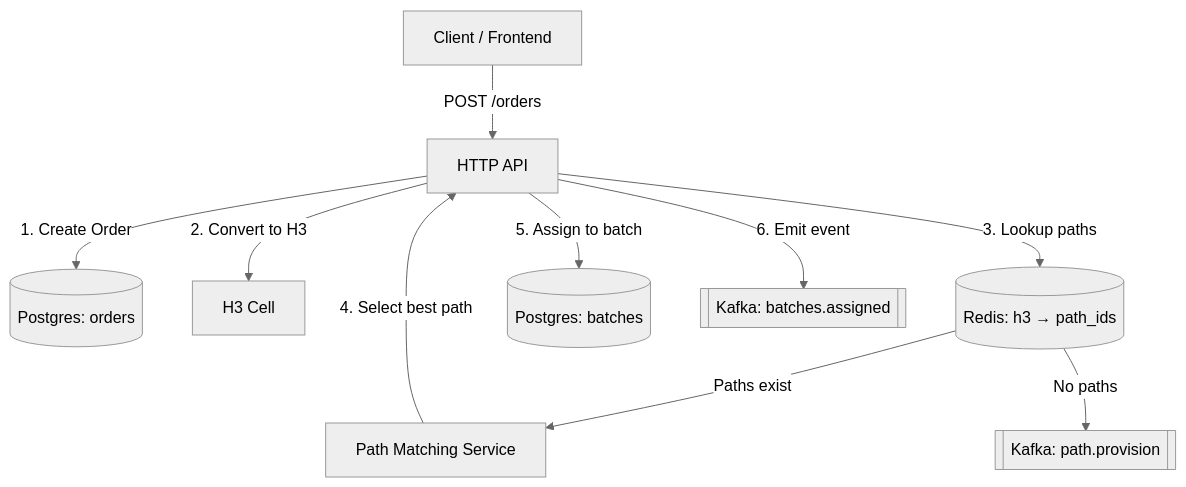
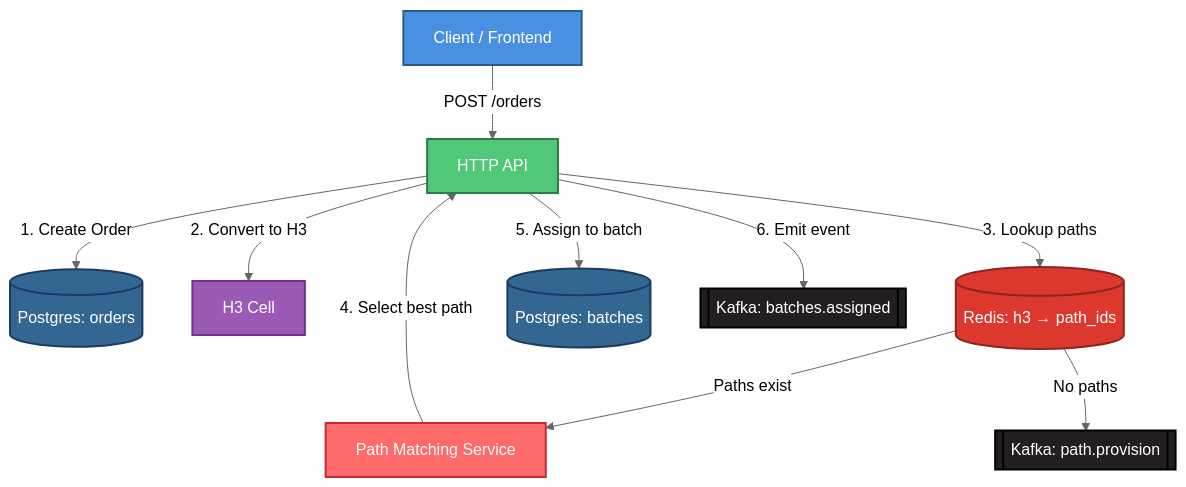
The second of 6 diagrams in README.md (RatnakirtiKamble/DeliveryGo), drawn with Mermaid (neutral theme) before and after one commit. The commit also changed other lines of this file, not shown here.

````diff
--- a/README.md
+++ b/README.md
@@ -56,15 +63,23 @@
 ```mermaid
 flowchart TD
-    Client[Client / Frontend] -->|POST /orders| API[HTTP API]
+    Client[Client / Frontend]:::frontend -->|POST /orders| API[HTTP API]:::api
     
-    API -->|1. Create Order| PG_Orders[(Postgres: orders)]
-    API -->|2. Convert to H3| H3[H3 Cell]
-    API -->|3. Lookup paths| Redis_H3[(Redis: h3 → path_ids)]
+    API -->|1. Create Order| PG_Orders[(Postgres: orders)]:::postgres
+    API -->|2. Convert to H3| H3[H3 Cell]:::compute
+    API -->|3. Lookup paths| Redis_H3[(Redis: h3 → path_ids)]:::redis
     
-    Redis_H3 -->|Paths exist| Match[Path Matching Service]
-    Redis_H3 -->|No paths| Kafka_Provision[[Kafka: path.provision]]
+    Redis_H3 -->|Paths exist| Match[Path Matching Service]:::worker
+    Redis_H3 -->|No paths| Kafka_Provision[[Kafka: path.provision]]:::kafka
     
     Match -->|4. Select best path| API
-    API -->|5. Assign to batch| PG_Batches[(Postgres: batches)]
-    API -->|6. Emit event| Kafka_Assign[[Kafka: batches.assigned]]
+    API -->|5. Assign to batch| PG_Batches[(Postgres: batches)]:::postgres
+    API -->|6. Emit event| Kafka_Assign[[Kafka: batches.assigned]]:::kafka
+    
+    classDef frontend fill:#4A90E2,stroke:#2E5C8A,stroke-width:2px,color:#fff
+    classDef api fill:#50C878,stroke:#2D7A4A,stroke-width:2px,color:#fff
+    classDef postgres fill:#336791,stroke:#1E3A5F,stroke-width:2px,color:#fff
+    classDef redis fill:#DC382D,stroke:#8B2520,stroke-width:2px,color:#fff
+    classDef kafka fill:#231F20,stroke:#000,stroke-width:2px,color:#fff
+    classDef worker fill:#FF6B6B,stroke:#C92A2A,stroke-width:2px,color:#fff
+    classDef compute fill:#9B59B6,stroke:#6C3483,stroke-width:2px,color:#fff
 ```
````
